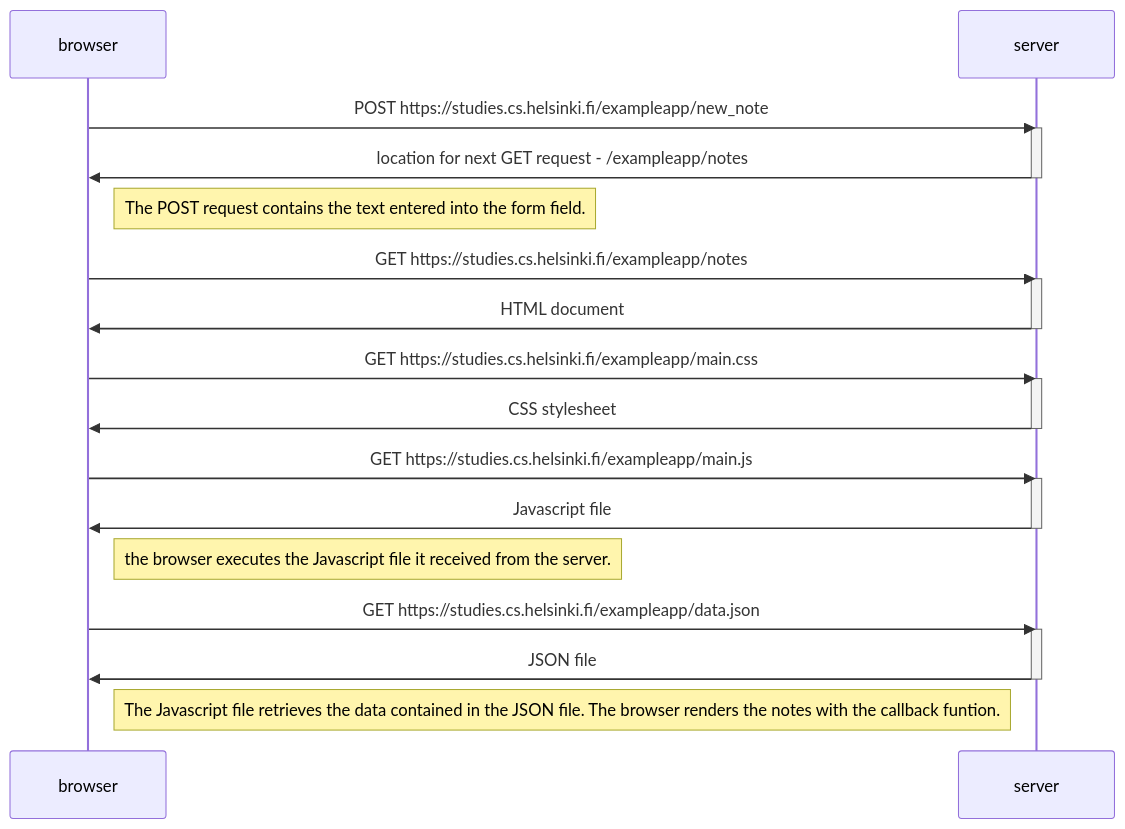
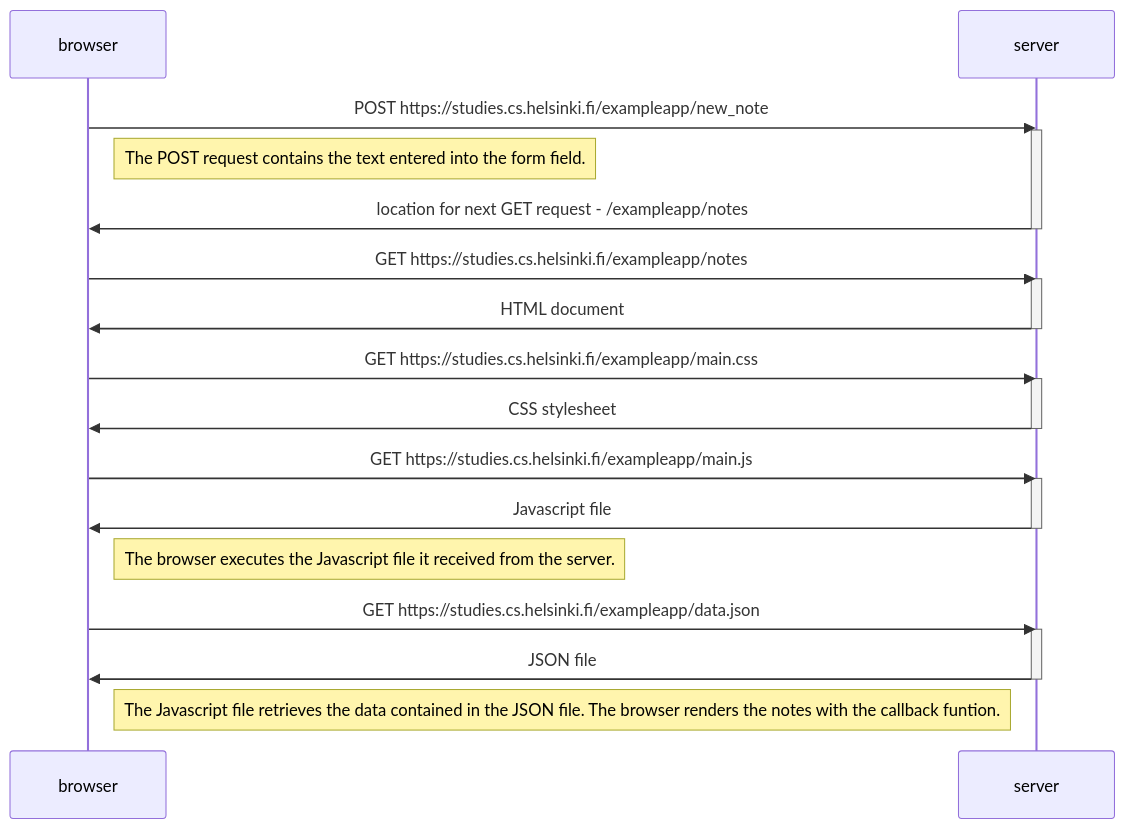
Before and after one commit to uN1K0Rn86/fullstack: the diagram in osa0/tehtava4.md, drawn with Mermaid.

Commit message:
Move note to better position

````diff
--- a/osa0/tehtava4.md
+++ b/osa0/tehtava4.md
@@ -1,36 +1,35 @@
 ```mermaid
 sequenceDiagram
     participant browser
     participant server
 
     browser->>server: POST https://studies.cs.helsinki.fi/exampleapp/new_note
     activate server
+        Note right of browser: The POST request contains the text entered into the form field.
     server->>browser: location for next GET request - /exampleapp/notes
     deactivate server
-
-    Note right of browser: The POST request contains the text entered into the form field.
 
     browser->>server: GET https://studies.cs.helsinki.fi/exampleapp/notes
     activate server
     server->>browser: HTML document
     deactivate server
 
     browser->>server: GET https://studies.cs.helsinki.fi/exampleapp/main.css
     activate server
     server->>browser: CSS stylesheet
     deactivate server
 
     browser->>server: GET https://studies.cs.helsinki.fi/exampleapp/main.js
     activate server
     server->>browser: Javascript file
     deactivate server
 
-    Note right of browser: the browser executes the Javascript file it received from the server.
+    Note right of browser: The browser executes the Javascript file it received from the server.
 
     browser->>server: GET https://studies.cs.helsinki.fi/exampleapp/data.json
     activate server
     server->>browser: JSON file
     deactivate server
 
     Note right of browser: The Javascript file retrieves the data contained in the JSON file. The browser renders the notes with the callback funtion.
 ```
````
